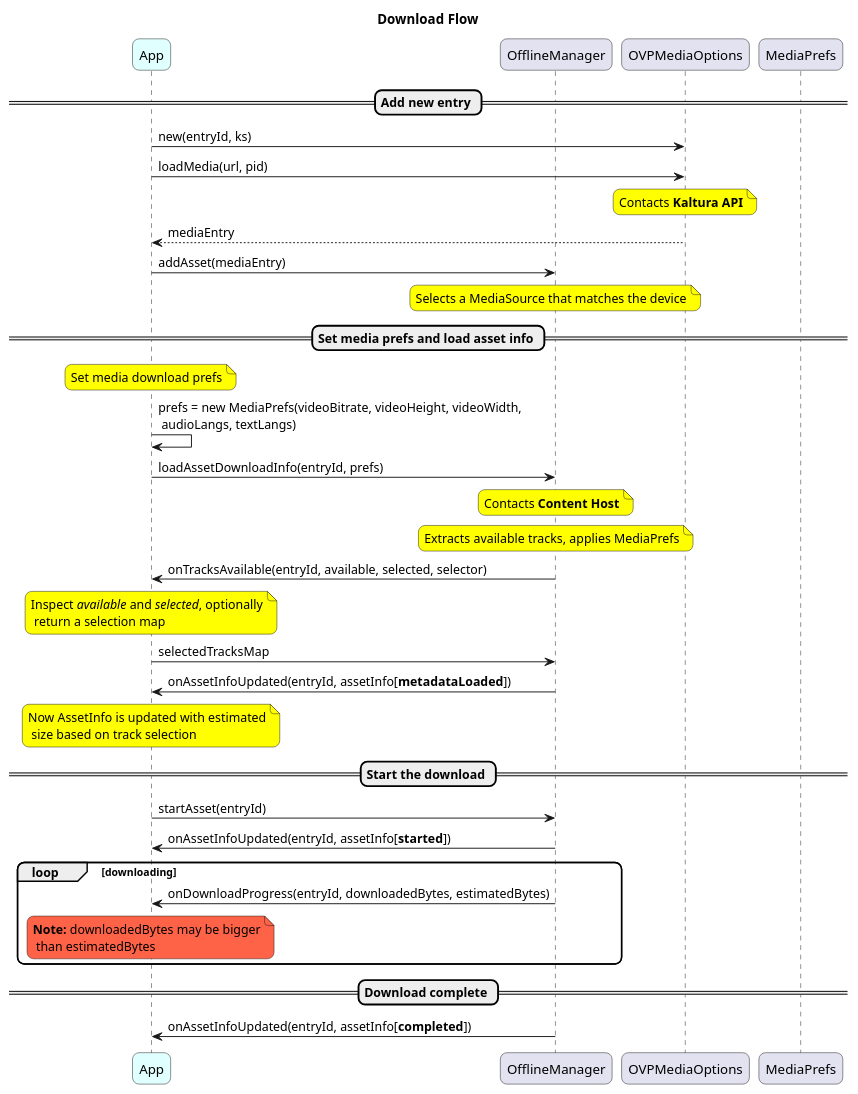
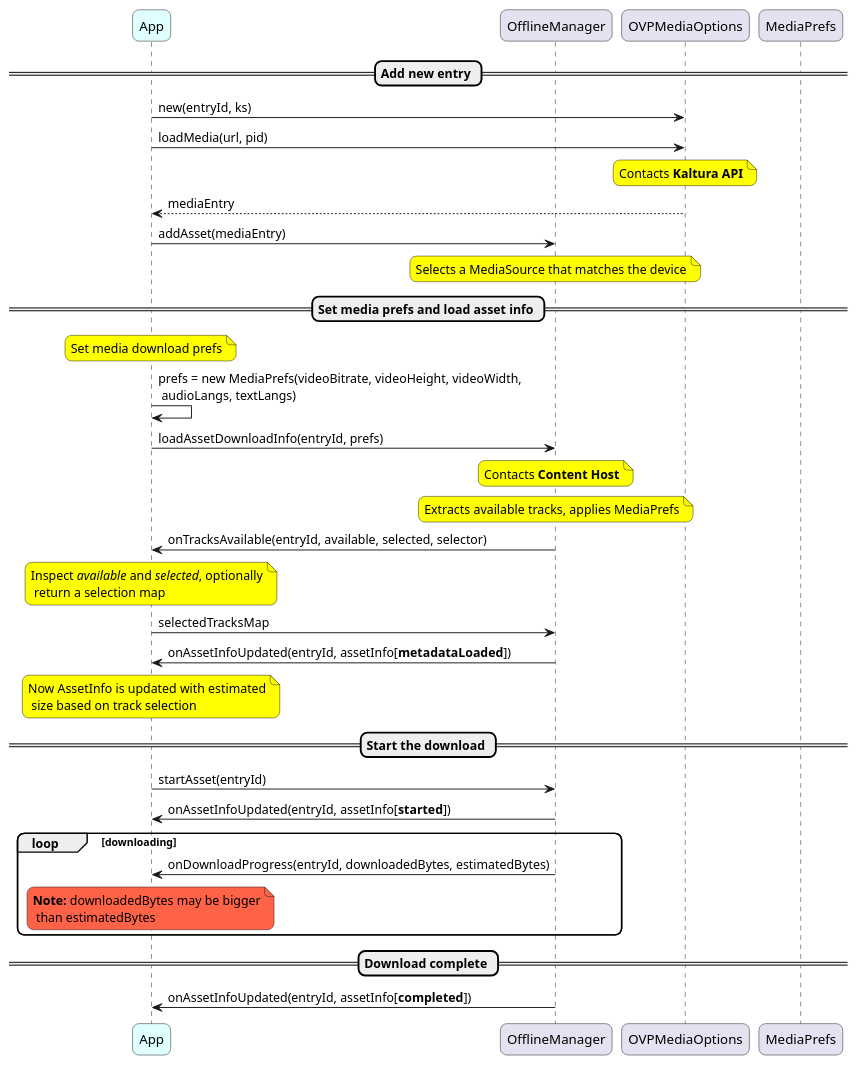
One commit to kaltura/kaltura-player-android changed the second of 4 diagrams in docs/offline/Offline.puml. Above: the diagram before and after it, drawn with PlantUML. The commit also changed other lines of this file and 5 other files, not shown here.

Commit message:
Remove diagram title from puml

```diff
--- a/docs/offline/Offline.puml
+++ b/docs/offline/Offline.puml
@@ -33,50 +33,50 @@
 @startuml Download
-title Download Flow
+
 skinparam backgroundColor transparent
 skinparam roundCorner 14
 skinparam NoteBackgroundColor #ffff00
 
 
 participant App #lightcyan
 participant OfflineManager as Offline
 participant OVPMediaOptions as MOP
 participant MediaPrefs
 
 == Add new entry ==
 App->MOP: new(entryId, ks)
 App->MOP: loadMedia(url, pid)
 note over MOP: Contacts **Kaltura API**
 return mediaEntry
 App->Offline: addAsset(mediaEntry)
 note over Offline: Selects a MediaSource that matches the device
 
 == Set media prefs and load asset info ==
 note over App: Set media download prefs
 
 App->App: prefs = new MediaPrefs(videoBitrate, videoHeight, videoWidth,\n audioLangs, textLangs)
 
 
 App->Offline: loadAssetDownloadInfo(entryId, prefs)
 note over Offline: Contacts **Content Host**
 note over Offline: Extracts available tracks, applies MediaPrefs
 
 Offline->App: onTracksAvailable(entryId, available, selected, selector)
 note over App: Inspect //available// and //selected//, optionally\n return a selection map
 App->Offline: selectedTracksMap
 
 Offline->App: onAssetInfoUpdated(entryId, assetInfo[**metadataLoaded**])
 note over App: Now AssetInfo is updated with estimated\n size based on track selection
 
 == Start the download ==
 App->Offline: startAsset(entryId)
 Offline->App: onAssetInfoUpdated(entryId, assetInfo[**started**])
 
 loop downloading
 Offline->App: onDownloadProgress(entryId, downloadedBytes, estimatedBytes)
 note over App #tomato: **Note:** downloadedBytes may be bigger\n than estimatedBytes
 end
 
 == Download complete ==
 Offline->App: onAssetInfoUpdated(entryId, assetInfo[**completed**])
 
 @enduml
```
